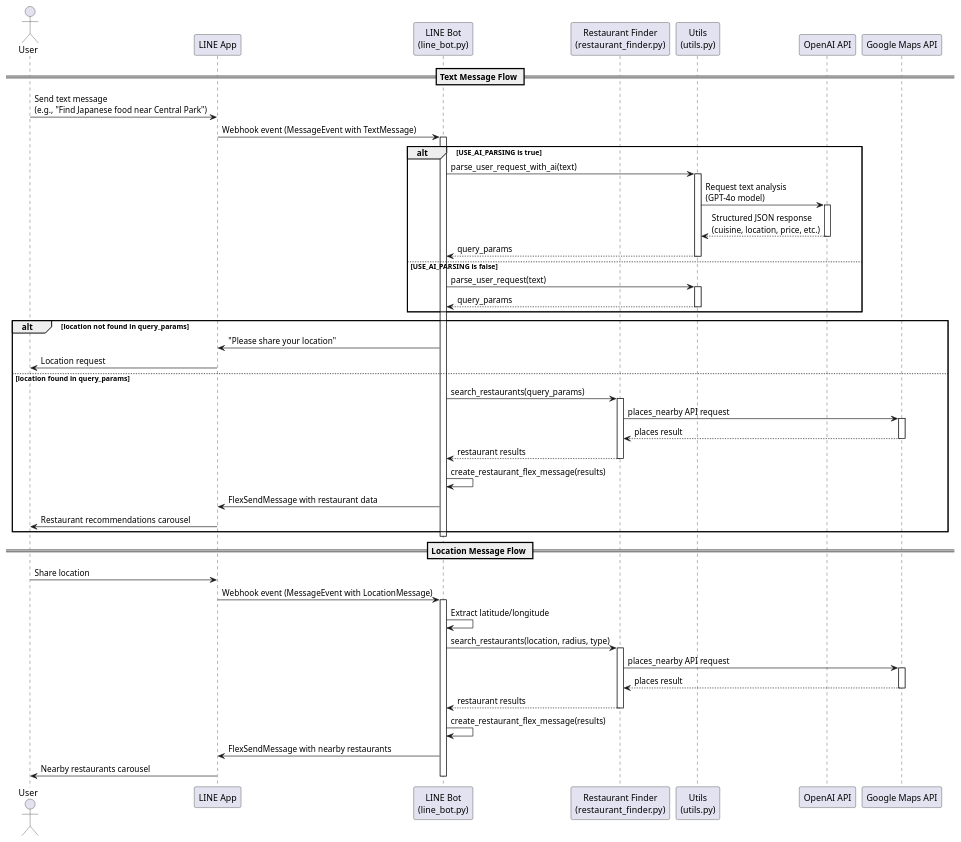
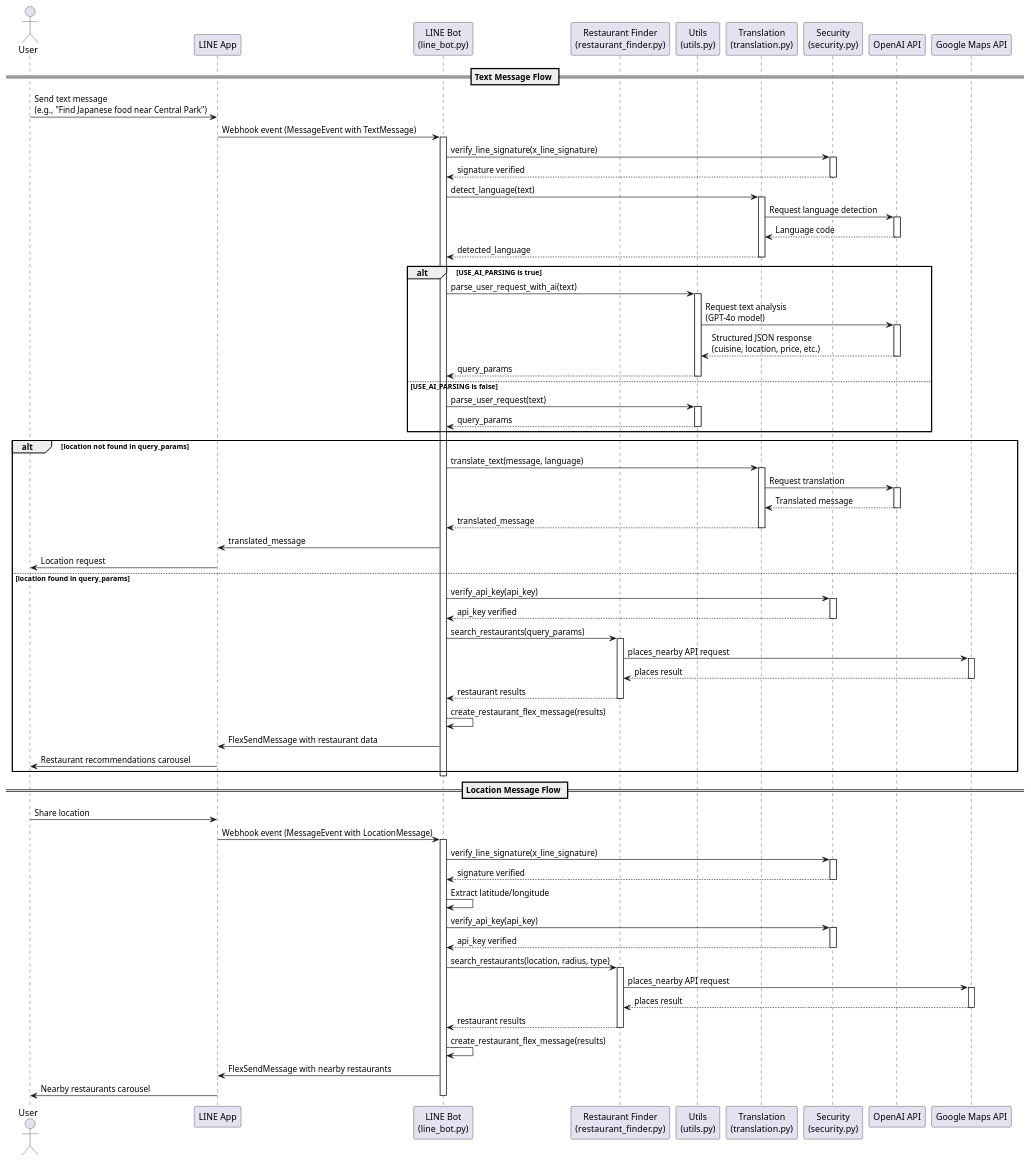
Before and after one commit to wisehuang/geodine-ai: the diagram in sequence_diagram.puml, drawn with PlantUML. The commit also changed 2 other files, not shown here.

Commit message:
Update sequence diagram and README

```diff
--- a/sequence_diagram.puml
+++ b/sequence_diagram.puml
@@ -1,77 +1,117 @@
 @startuml GeoDine-AI Sequence Diagram
 
 actor User
 participant "LINE App" as LINE
 participant "LINE Bot\n(line_bot.py)" as Bot
 participant "Restaurant Finder\n(restaurant_finder.py)" as Finder
 participant "Utils\n(utils.py)" as Utils
+participant "Translation\n(translation.py)" as Translation
+participant "Security\n(security.py)" as Security
 participant "OpenAI API" as OpenAI
 participant "Google Maps API" as Google
 
 == Text Message Flow ==
 User -> LINE: Send text message\n(e.g., "Find Japanese food near Central Park")
 LINE -> Bot: Webhook event (MessageEvent with TextMessage)
 activate Bot
+
+Bot -> Security: verify_line_signature(x_line_signature)
+activate Security
+Security --> Bot: signature verified
+deactivate Security
+
+Bot -> Translation: detect_language(text)
+activate Translation
+Translation -> OpenAI: Request language detection
+activate OpenAI
+OpenAI --> Translation: Language code
+deactivate OpenAI
+Translation --> Bot: detected_language
+deactivate Translation
 
 alt USE_AI_PARSING is true
     Bot -> Utils: parse_user_request_with_ai(text)
     activate Utils
     
     Utils -> OpenAI: Request text analysis\n(GPT-4o model)
     activate OpenAI
     OpenAI --> Utils: Structured JSON response\n(cuisine, location, price, etc.)
     deactivate OpenAI
     
     Utils --> Bot: query_params
     deactivate Utils
 else USE_AI_PARSING is false
     Bot -> Utils: parse_user_request(text)
     activate Utils
     Utils --> Bot: query_params
     deactivate Utils
 end
 
 alt location not found in query_params
-    Bot -> LINE: "Please share your location"
+    Bot -> Translation: translate_text(message, language)
+    activate Translation
+    Translation -> OpenAI: Request translation
+    activate OpenAI
+    OpenAI --> Translation: Translated message
+    deactivate OpenAI
+    Translation --> Bot: translated_message
+    deactivate Translation
+    
+    Bot -> LINE: translated_message
     LINE -> User: Location request
 else location found in query_params
+    Bot -> Security: verify_api_key(api_key)
+    activate Security
+    Security --> Bot: api_key verified
+    deactivate Security
+    
     Bot -> Finder: search_restaurants(query_params)
     activate Finder
     
     Finder -> Google: places_nearby API request
     activate Google
     Google --> Finder: places result
     deactivate Google
     
     Finder --> Bot: restaurant results
     deactivate Finder
     
     Bot -> Bot: create_restaurant_flex_message(results)
     Bot -> LINE: FlexSendMessage with restaurant data
     LINE -> User: Restaurant recommendations carousel
 end
 deactivate Bot
 
 == Location Message Flow ==
 User -> LINE: Share location
 LINE -> Bot: Webhook event (MessageEvent with LocationMessage)
 activate Bot
 
+Bot -> Security: verify_line_signature(x_line_signature)
+activate Security
+Security --> Bot: signature verified
+deactivate Security
+
 Bot -> Bot: Extract latitude/longitude
+Bot -> Security: verify_api_key(api_key)
+activate Security
+Security --> Bot: api_key verified
+deactivate Security
+
 Bot -> Finder: search_restaurants(location, radius, type)
 activate Finder
 
 Finder -> Google: places_nearby API request
 activate Google
 Google --> Finder: places result
 deactivate Google
 
 Finder --> Bot: restaurant results
 deactivate Finder
 
 Bot -> Bot: create_restaurant_flex_message(results)
 Bot -> LINE: FlexSendMessage with nearby restaurants
 LINE -> User: Nearby restaurants carousel
 deactivate Bot
 
 @enduml
```
